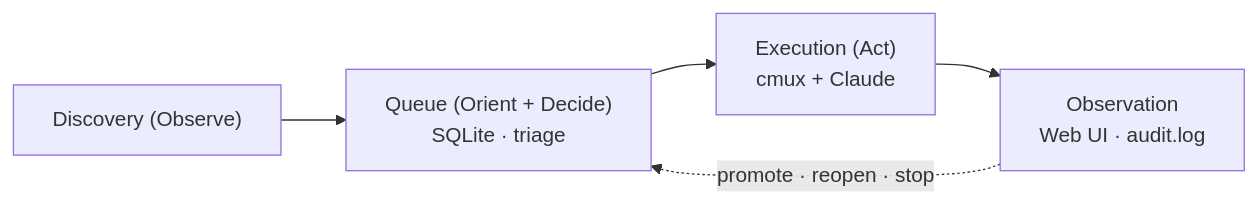
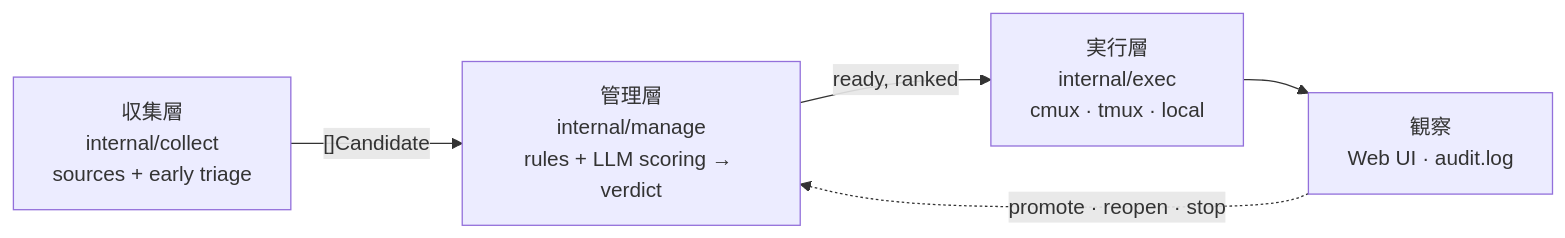
One commit to haruotsu/marunage changed the diagram in README.ja.md. Above: the diagram before and after it, drawn with Mermaid. The commit also changed other lines of this file and 1 other file, not shown here.

First line of the commit message:
docs(readme): document the collect → manage → exec layering (#125)

````diff
--- a/README.ja.md
+++ b/README.ja.md
@@ -32,10 +36,10 @@
 ```mermaid
 flowchart LR
-    D["Discovery (Observe)"]
-    Q["Queue (Orient + Decide)<br/>SQLite · triage"]
-    E["Execution (Act)<br/>cmux + Claude"]
-    O["Observation<br/>Web UI · audit.log"]
+    C["収集層<br/>internal/collect<br/>sources + early triage"]
+    M["管理層<br/>internal/manage<br/>rules + LLM scoring → verdict"]
+    X["実行層<br/>internal/exec<br/>cmux · tmux · local"]
+    O["観察<br/>Web UI · audit.log"]
 
-    D --> Q --> E --> O
-    O -.->|promote · reopen · stop| Q
+    C -->|"[]Candidate"| M -->|"ready, ranked"| X --> O
+    O -.->|promote · reopen · stop| M
 ```
````
